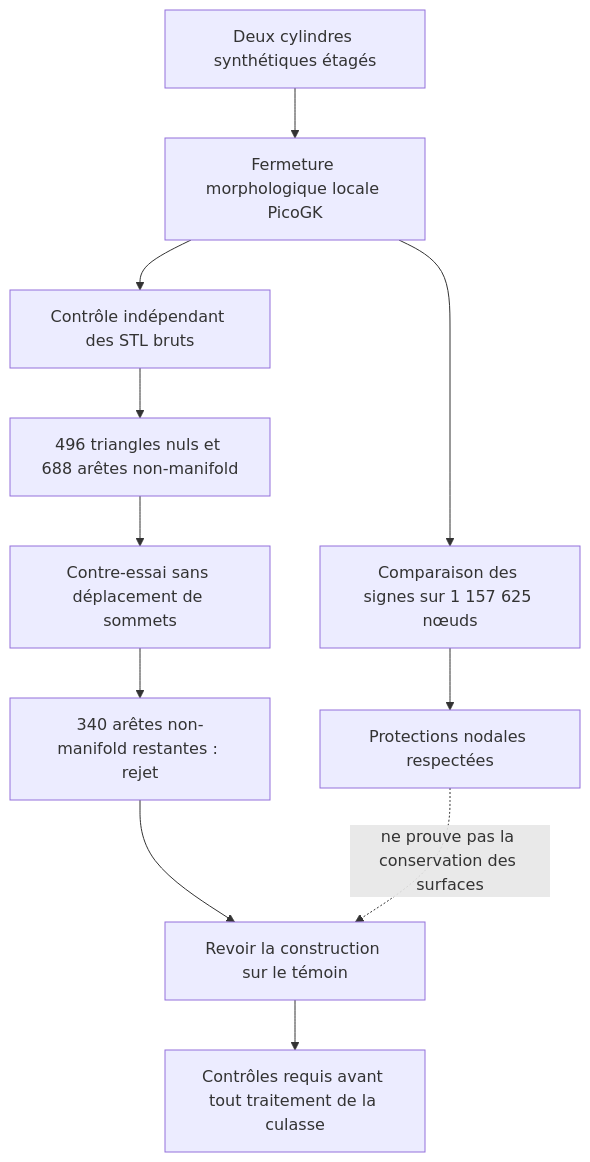
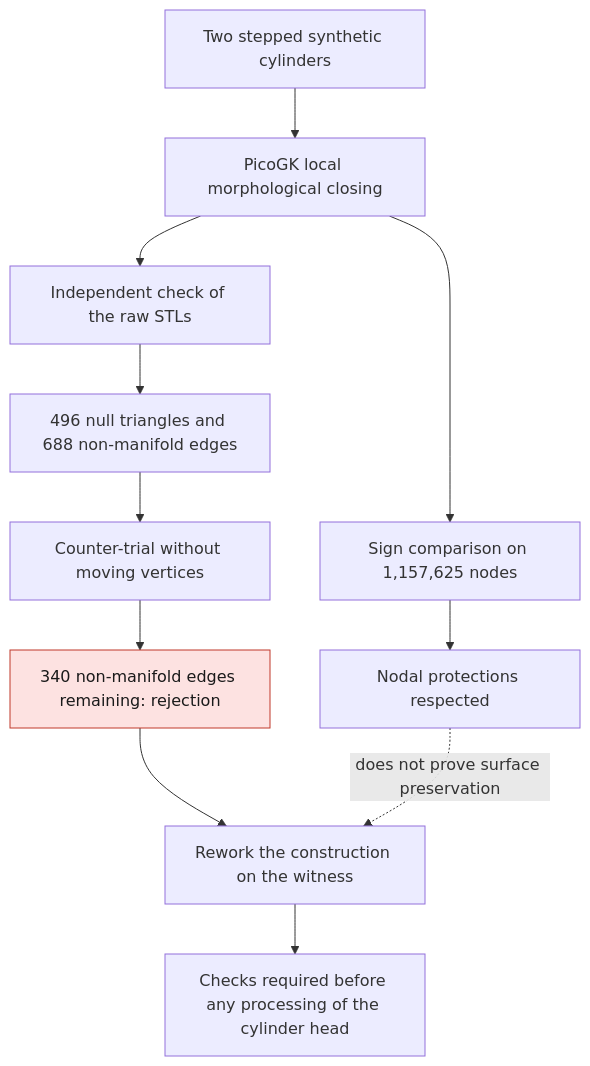
One commit to cluster2600/porscheparts changed the second of 3 diagrams in docs/reports/M64_PICOGK_LOCAL_JUNCTION_WITNESS_20260908.md. Above: the diagram before and after it, drawn with Mermaid. The commit also changed other lines of this file and 228 other files, not shown here.

````diff
--- a/docs/reports/M64_PICOGK_LOCAL_JUNCTION_WITNESS_20260908.md
+++ b/docs/reports/M64_PICOGK_LOCAL_JUNCTION_WITNESS_20260908.md
@@ -98,13 +100,15 @@
 ```mermaid
 flowchart TD
-    A[Deux cylindres synthétiques étagés] --> B[Fermeture morphologique locale PicoGK]
-    B --> C[Comparaison des signes sur 1 157 625 nœuds]
-    C --> D[Protections nodales respectées]
-    B --> E[Contrôle indépendant des STL bruts]
-    E --> F[496 triangles nuls et 688 arêtes non-manifold]
-    F --> G[Contre-essai sans déplacement de sommets]
-    G --> H[340 arêtes non-manifold restantes : rejet]
-    H --> I[Revoir la construction sur le témoin]
-    D -. ne prouve pas la conservation des surfaces .-> I
-    I --> J[Contrôles requis avant tout traitement de la culasse]
+    A[Two stepped synthetic cylinders] --> B[PicoGK local morphological closing]
+    B --> C[Sign comparison on 1,157,625 nodes]
+    C --> D[Nodal protections respected]
+    B --> E[Independent check of the raw STLs]
+    E --> F[496 null triangles and 688 non-manifold edges]
+    F --> G[Counter-trial without moving vertices]
+    G --> H[340 non-manifold edges remaining: rejection]
+    H --> I[Rework the construction on the witness]
+    D -. does not prove surface preservation .-> I
+    I --> J[Checks required before any processing of the cylinder head]
+    classDef stop fill:#fde2e1,stroke:#c0392b,color:#1a1a1a;
+    class H stop;
 ```
````
